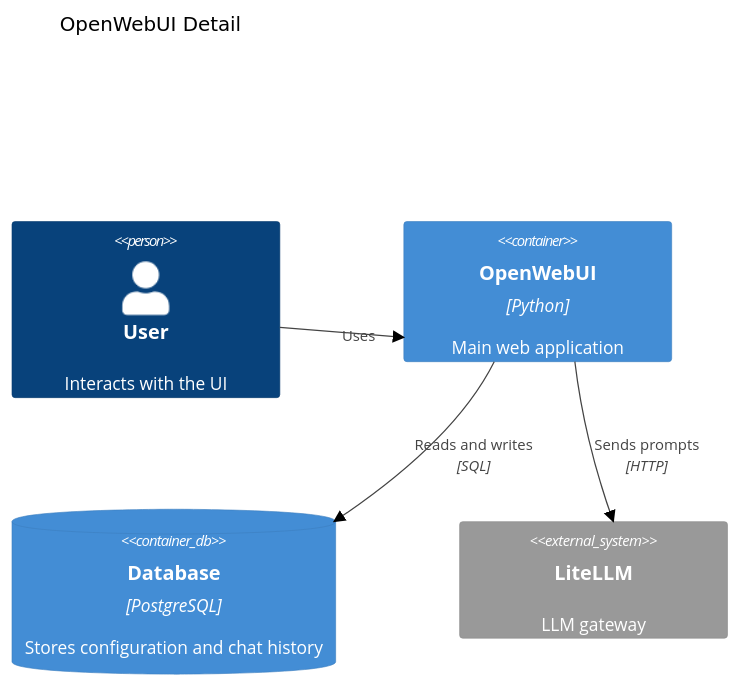
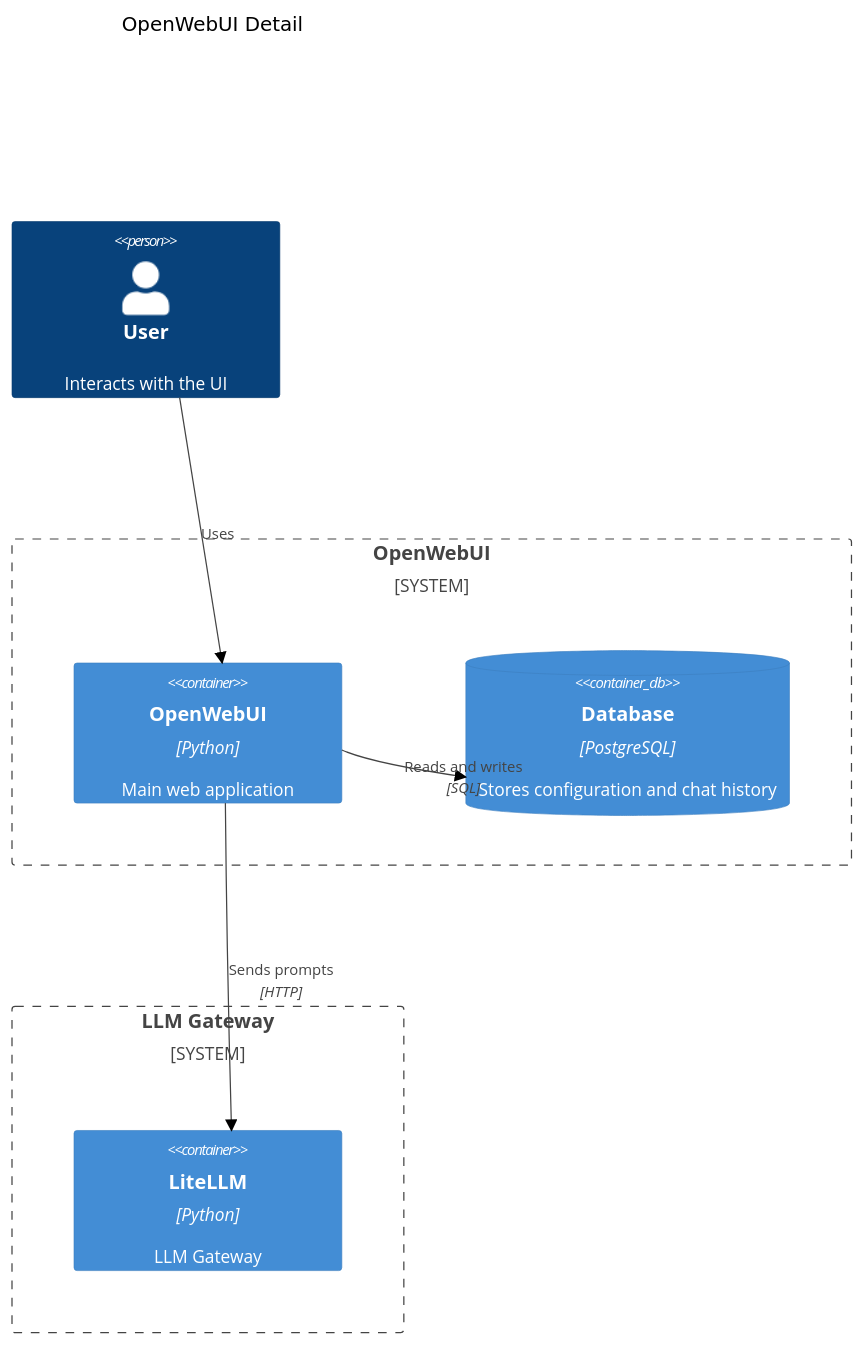
Before and after one commit to Albe83/ai-platform: the diagram in docs/diagrams/openwebui.mmd, drawn with Mermaid. The commit also changed other lines of this file, not shown here.

Commit message:
Align OpenWebUI diagram with architecture

```diff
--- a/docs/diagrams/openwebui.mmd
+++ b/docs/diagrams/openwebui.mmd
@@ -1,10 +1,20 @@
 %%{init: { 'theme': 'neutral' } }%%
 C4Container
     title OpenWebUI Detail
+
+    UpdateLayoutConfig("3", "1")
+
     Person(user, "User", "Interacts with the UI")
-    Container(web, "OpenWebUI", "Python", "Main web application")
-    ContainerDb(db, "Database", "PostgreSQL", "Stores configuration and chat history")
-    System_Ext(litellm, "LiteLLM", "LLM gateway")
+
+    System_Boundary(owui, "OpenWebUI") {
+        Container(web, "OpenWebUI", "Python", "Main web application")
+        ContainerDb(db, "Database", "PostgreSQL", "Stores configuration and chat history")
+    }
+
+    System_Boundary(llmGateway, "LLM Gateway") {
+        Container(gateway, "LiteLLM", "Python", "LLM Gateway")
+    }
+
     Rel(user, web, "Uses")
     Rel(web, db, "Reads and writes", "SQL")
-    Rel(web, litellm, "Sends prompts", "HTTP")
+    Rel(web, gateway, "Sends prompts", "HTTP")
```
